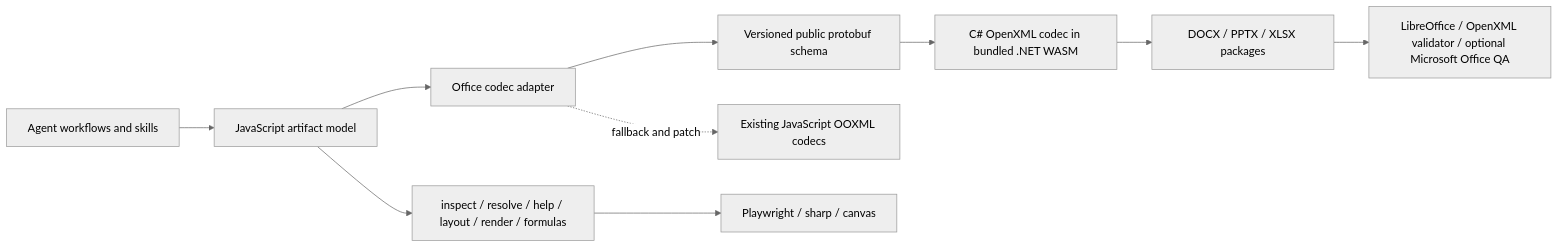
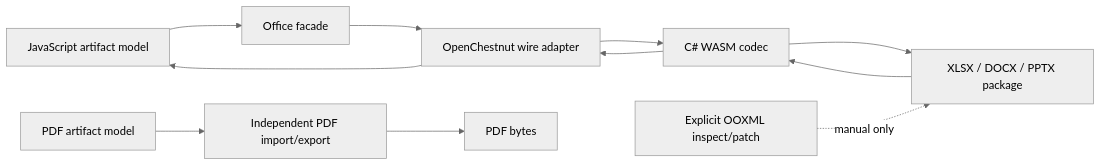
One commit to w31r4/OfficeKit changed the diagram in docs/reference-runtime-architecture.md. Above: the diagram before and after it, drawn with Mermaid (neutral theme). The commit also changed other lines of this file and 117 other files, not shown here.

Commit message:
Upgrade to protocol v2, remove OpenXmlWasm compat shims, add new codecs

````diff
--- a/docs/reference-runtime-architecture.md
+++ b/docs/reference-runtime-architecture.md
@@ -246,12 +9,15 @@
 ```mermaid
 flowchart LR
-    Agent["Agent workflows and skills"] --> JS["JavaScript artifact model"]
-    JS --> API["inspect / resolve / help / layout / render / formulas"]
-    JS --> Adapter["Office codec adapter"]
-    Adapter --> Schema["Versioned public protobuf schema"]
-    Schema --> Wasm["C# OpenXML codec in bundled .NET WASM"]
-    Wasm --> Office["DOCX / PPTX / XLSX packages"]
-    Adapter -. fallback and patch .-> JSCodec["Existing JavaScript OOXML codecs"]
-    Office --> QA["LibreOffice / OpenXML validator / optional Microsoft Office QA"]
-    API --> Raster["Playwright / sharp / canvas"]
+  A["JavaScript artifact model"] --> B["Office facade"]
+  B --> C["OpenChestnut wire adapter"]
+  C --> D["C# WASM codec"]
+  D --> E["XLSX / DOCX / PPTX package"]
+  E --> D
+  D --> C
+  C --> A
+
+  P["PDF artifact model"] --> Q["Independent PDF import/export"]
+  Q --> R["PDF bytes"]
+
+  I["Explicit OOXML inspect/patch"] -. "manual only" .-> E
 ```
````
